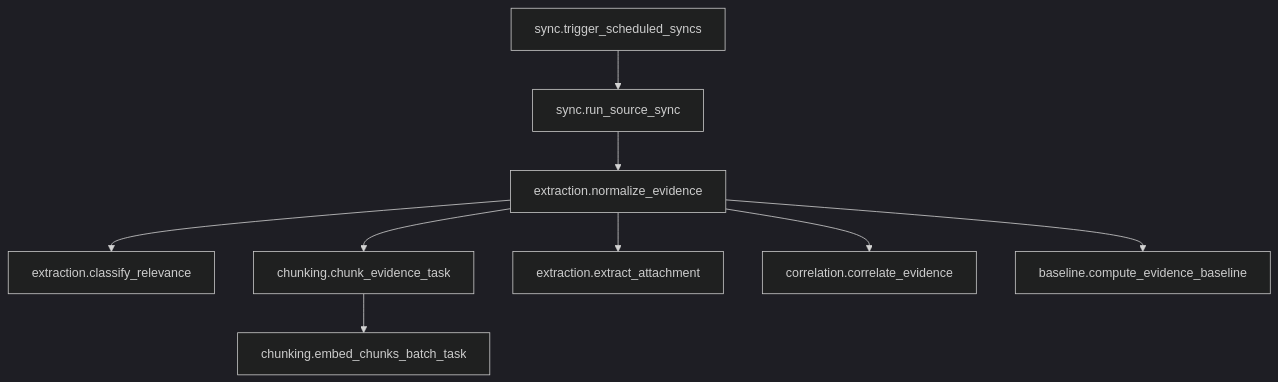
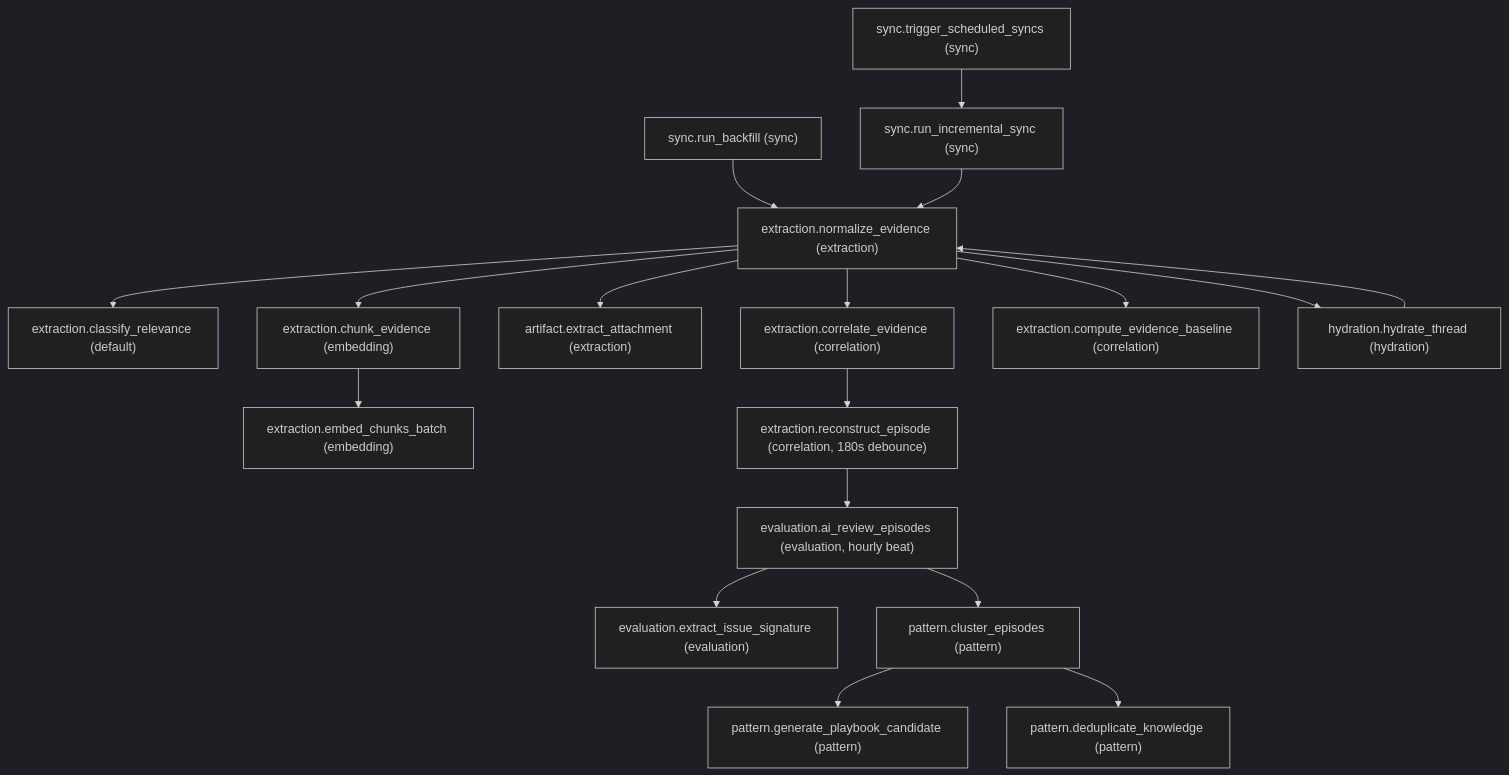
The third of 7 diagrams in docs/12_File_Dependency_Map.md (Valuedx/ContextEdge), drawn with Mermaid (dark theme) before and after one commit. The commit also changed other lines of this file and 48 other files, not shown here.

````diff
--- a/docs/12_File_Dependency_Map.md
+++ b/docs/12_File_Dependency_Map.md
@@ -131,11 +232,20 @@
 ```mermaid
 graph TD
-    T1[sync.trigger_scheduled_syncs] --> T2[sync.run_source_sync]
-    T2 --> T3[extraction.normalize_evidence]
-    T3 --> T4[extraction.classify_relevance]
-    T3 --> T5[chunking.chunk_evidence_task]
-    T3 --> T6[extraction.extract_attachment]
-    T5 --> T7[chunking.embed_chunks_batch_task]
-    T3 --> T8[correlation.correlate_evidence]
-    T3 --> T9[baseline.compute_evidence_baseline]
+    T1["sync.trigger_scheduled_syncs (sync)"] --> T2["sync.run_incremental_sync (sync)"]
+    T0["sync.run_backfill (sync)"] --> T3
+    T2 --> T3["extraction.normalize_evidence (extraction)"]
+    T3 --> T4["extraction.classify_relevance (default)"]
+    T3 --> T5["extraction.chunk_evidence (embedding)"]
+    T5 --> T7["extraction.embed_chunks_batch (embedding)"]
+    T3 --> T6["artifact.extract_attachment (extraction)"]
+    T3 --> T8["extraction.correlate_evidence (correlation)"]
+    T3 --> T9["extraction.compute_evidence_baseline (correlation)"]
+    T3 --> TH["hydration.hydrate_thread (hydration)"]
+    TH --> T3
+    T8 --> T10["extraction.reconstruct_episode (correlation, 180s debounce)"]
+    T10 --> T11["evaluation.ai_review_episodes (evaluation, hourly beat)"]
+    T11 --> T12["evaluation.extract_issue_signature (evaluation)"]
+    T11 --> T13["pattern.cluster_episodes (pattern)"]
+    T13 --> T14["pattern.generate_playbook_candidate (pattern)"]
+    T13 --> T15["pattern.deduplicate_knowledge (pattern)"]
 ```
````
